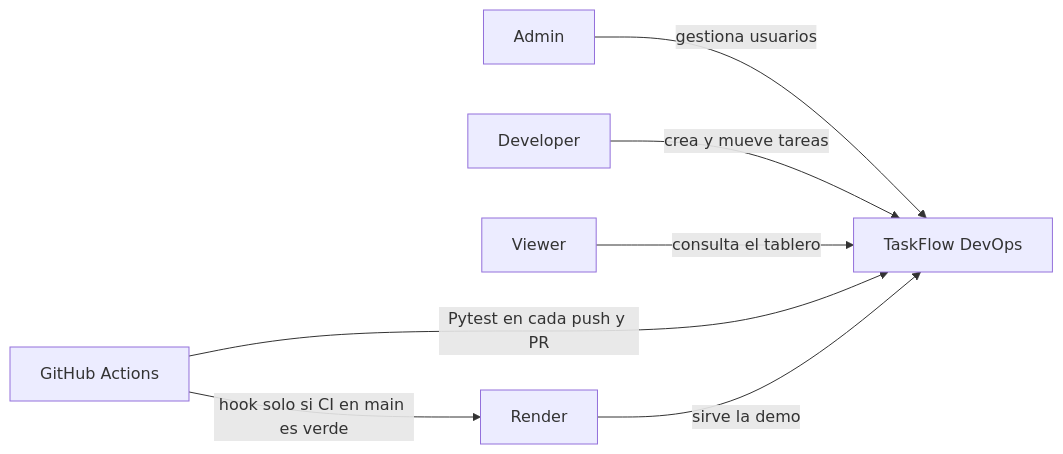
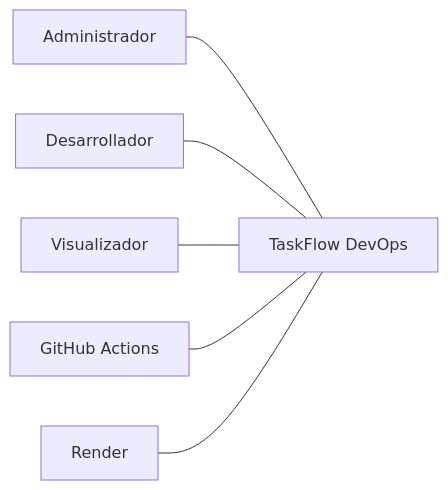
The first of 12 diagrams in README.md (moisescb123/TaskFlowDevops), drawn with Mermaid before and after one commit. The commit also changed other lines of this file, not shown here.

First line of the commit message:
docs: align README system models with week-5 UML notation.

````diff
--- a/README.md
+++ b/README.md
@@ -32,16 +34,15 @@
 ```mermaid
 flowchart LR
-  admin[Admin]
-  developer[Developer]
-  viewer[Viewer]
-  app[TaskFlow DevOps]
+  admin[Administrador]
+  dev[Desarrollador]
+  vis[Visualizador]
   gh[GitHub Actions]
   render[Render]
+  sys[TaskFlow DevOps]
 
-  admin -->|gestiona usuarios| app
-  developer -->|crea y mueve tareas| app
-  viewer -->|consulta el tablero| app
-  gh -->|Pytest en cada push y PR| app
-  gh -->|hook solo si CI en main es verde| render
-  render -->|sirve la demo| app
+  admin --- sys
+  dev --- sys
+  vis --- sys
+  gh --- sys
+  render --- sys
 ```
````
